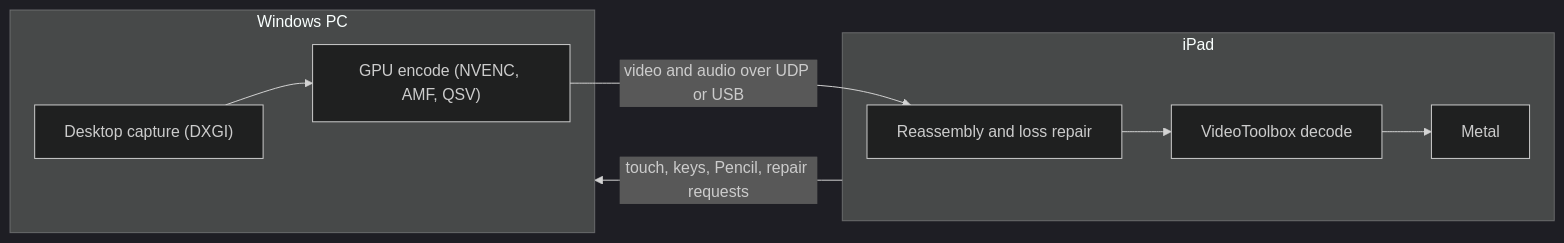
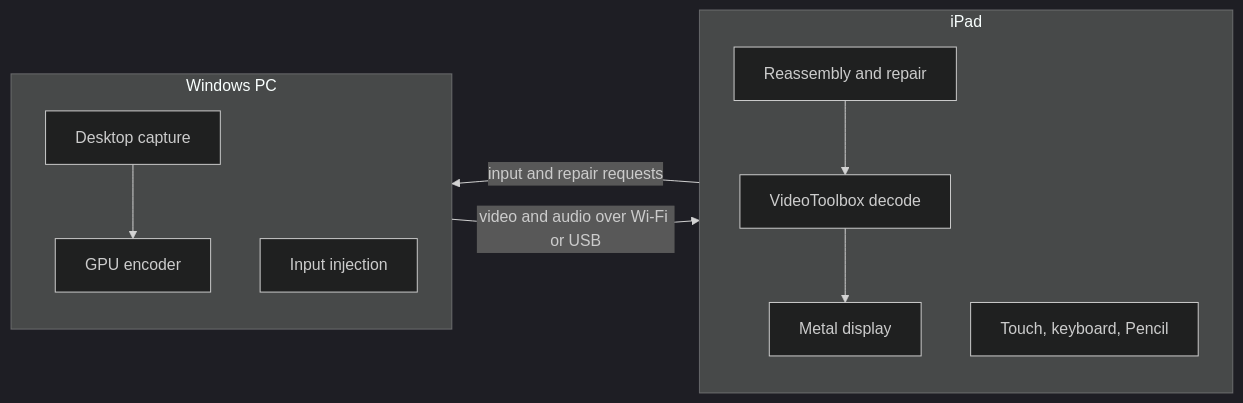
One commit to sidebandstudio/EternalMonitor changed the diagram in README.md. Above: the diagram before and after it, drawn with Mermaid (dark theme). The commit also changed other lines of this file, not shown here.

Commit message:
Show the iPad app beside the features and redraw the diagram
The hero card already shows the Windows app and the tagline, so the header
keeps one line and the screenshot table goes. The flow diagram now links
only the two devices, which Mermaid lays out cleanly.

````diff
--- a/README.md
+++ b/README.md
@@ -108,11 +101,15 @@
 ```mermaid
-flowchart LR
-  subgraph pc["Windows PC"]
-    capture["Desktop capture (DXGI)"] --> encode["GPU encode (NVENC, AMF, QSV)"]
+flowchart RL
+  subgraph pc [Windows PC]
+    direction TB
+    capture[Desktop capture] --> encode[GPU encoder]
+    inject[Input injection]
   end
-  subgraph ipad["iPad"]
-    repair["Reassembly and loss repair"] --> decode["VideoToolbox decode"] --> draw["Metal"]
+  subgraph ipad [iPad]
+    direction TB
+    repair[Reassembly and repair] --> decode[VideoToolbox decode] --> show[Metal display]
+    touch[Touch, keyboard, Pencil]
   end
-  encode -- "video and audio over UDP or USB" --> repair
-  ipad -- "touch, keys, Pencil, repair requests" --> pc
+  pc -- "video and audio over Wi-Fi or USB" --> ipad
+  ipad -- "input and repair requests" --> pc
 ```
````
